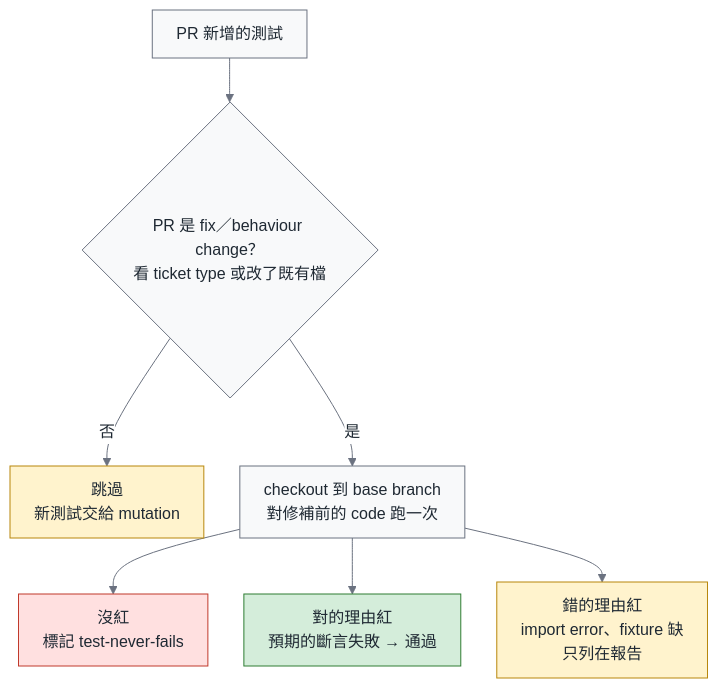
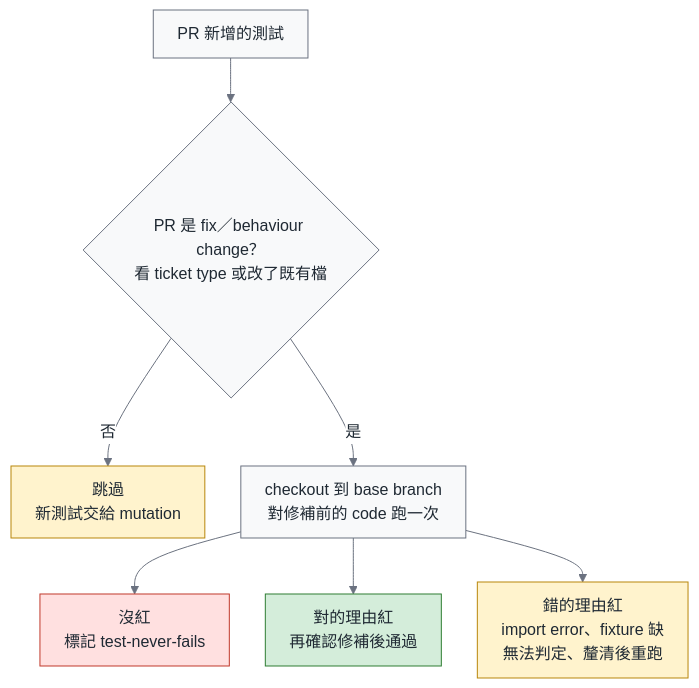
Before and after one commit to fantasybz/medium-articles: the second of 4 diagrams in 2026-10-green-testing/article.md, drawn with Mermaid. The commit also changed other lines of this file and 93 other files, not shown here.

````diff
--- a/2026-10-green-testing/article.md
+++ b/2026-10-green-testing/article.md
@@ -233,40 +233,40 @@
 ```mermaid
 ---
 config:
   theme: base
   themeVariables:
     fontSize: 16px
     primaryColor: "#f8f9fa"
     primaryTextColor: "#1f2933"
     primaryBorderColor: "#6b7280"
     lineColor: "#6b7280"
     secondaryColor: "#f8f9fa"
     tertiaryColor: "#ffffff"
     clusterBkg: "#ffffff"
     clusterBorder: "#9ca3af"
     edgeLabelBackground: "#ffffff"
   flowchart:
     nodeSpacing: 36
     rankSpacing: 44
     padding: 12
     htmlLabels: true
     subGraphTitleMargin:
       top: 8
       bottom: 12
     curve: basis
 ---
 flowchart TB
     classDef own fill:#d4edda,stroke:#2e7d32,color:#1f2933
     classDef buy fill:#fff3cd,stroke:#b8860b,color:#1f2933
     classDef bad fill:#ffe0e0,stroke:#c0392b,color:#1f2933
     classDef human fill:#e3f2fd,stroke:#1565c0,color:#1f2933
     N["PR 新增的測試"] --> Q{"PR 是 fix／behaviour change？<br/>看 ticket type 或改了既有檔"}
     Q -->|否| S["跳過<br/>新測試交給 mutation"]
     Q -->|是| R["checkout 到 base branch<br/>對修補前的 code 跑一次"]
     R --> O1["沒紅<br/>標記 test-never-fails"]
-    R --> O2["對的理由紅<br/>預期的斷言失敗 → 通過"]
-    R --> O3["錯的理由紅<br/>import error、fixture 缺<br/>只列在報告"]
+    R --> O2["對的理由紅<br/>再確認修補後通過"]
+    R --> O3["錯的理由紅<br/>import error、fixture 缺<br/>無法判定、釐清後重跑"]
     class S,O3 buy
     class O1 bad
     class O2 own
 ```
````
